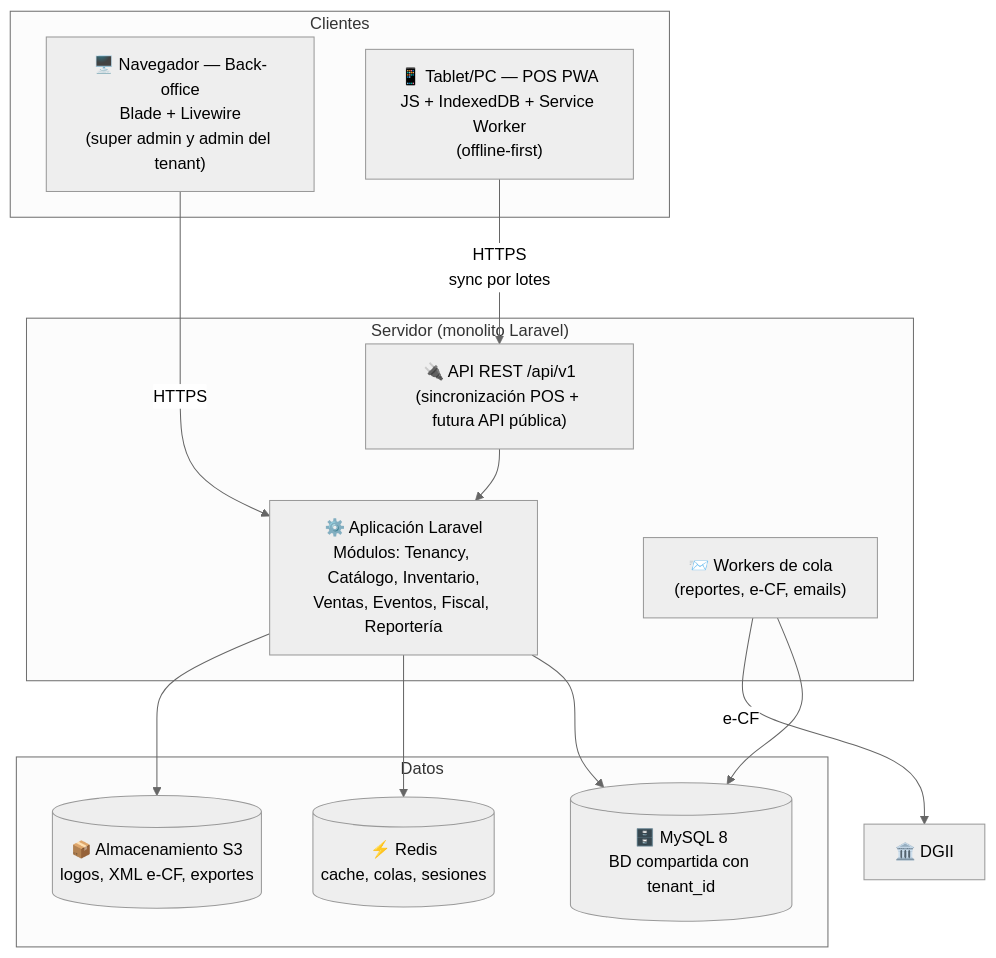
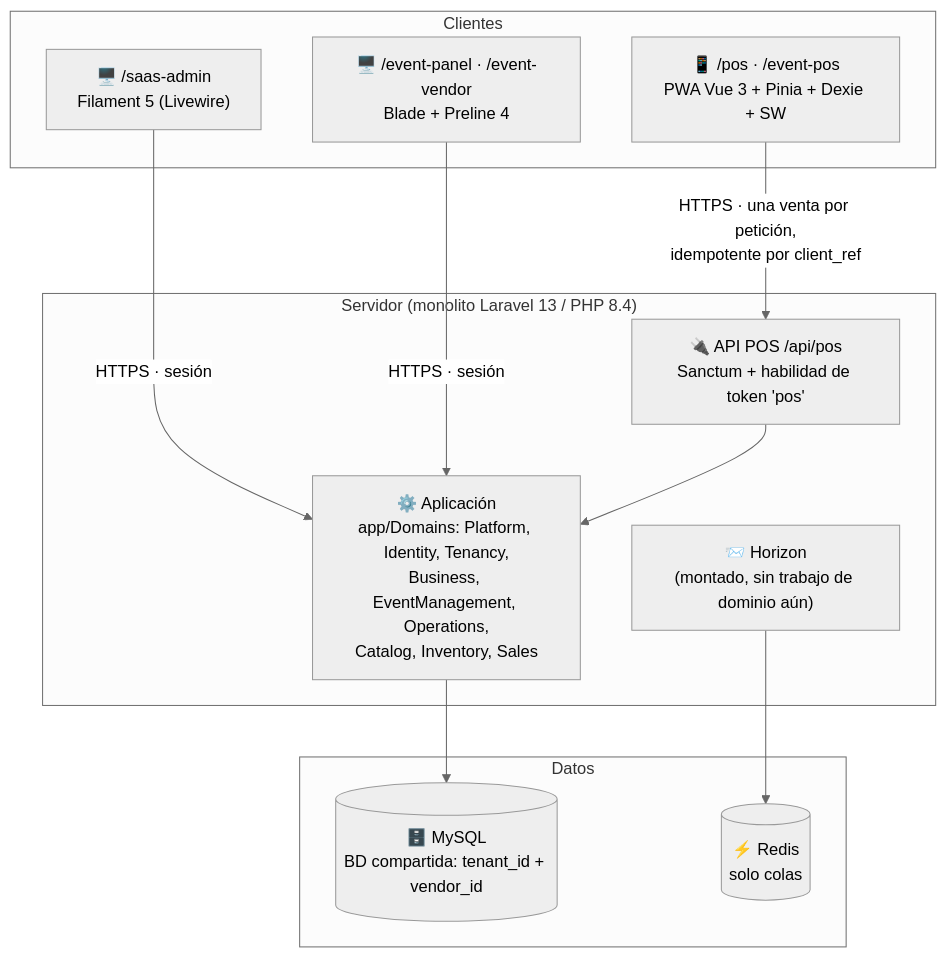
Before and after one commit to juancamedrano21/eventbarrest: the second of 3 diagrams in docs/02-arquitectura-sistema.md, drawn with Mermaid (neutral theme). The commit also changed other lines of this file and 7 other files, not shown here.

````diff
--- a/docs/02-arquitectura-sistema.md
+++ b/docs/02-arquitectura-sistema.md
@@ -28,30 +46,26 @@
 ```mermaid
 flowchart TB
     subgraph clientes["Clientes"]
-        navAdmin["🖥️ Navegador — Back-office<br/>Blade + Livewire<br/>(super admin y admin del tenant)"]
-        navPOS["📱 Tablet/PC — POS PWA<br/>JS + IndexedDB + Service Worker<br/>(offline-first)"]
+        filament["🖥️ /saas-admin<br/>Filament 5 (Livewire)"]
+        panel["🖥️ /event-panel · /event-vendor<br/>Blade + Preline 4"]
+        pos["📱 /pos · /event-pos<br/>PWA Vue 3 + Pinia + Dexie + SW"]
     end
 
-    subgraph servidor["Servidor (monolito Laravel)"]
-        app["⚙️ Aplicación Laravel<br/>Módulos: Tenancy, Catálogo, Inventario,<br/>Ventas, Eventos, Fiscal, Reportería"]
-        api["🔌 API REST /api/v1<br/>(sincronización POS + futura API pública)"]
-        queue["📨 Workers de cola<br/>(reportes, e-CF, emails)"]
+    subgraph servidor["Servidor (monolito Laravel 13 / PHP 8.4)"]
+        app["⚙️ Aplicación<br/>app/Domains: Platform, Identity, Tenancy,<br/>Business, EventManagement, Operations,<br/>Catalog, Inventory, Sales"]
+        api["🔌 API POS /api/pos<br/>Sanctum + habilidad de token 'pos'"]
+        horizon["📨 Horizon<br/>(montado, sin trabajo de dominio aún)"]
     end
 
     subgraph datos["Datos"]
-        mysql[("🗄️ MySQL 8<br/>BD compartida con tenant_id")]
-        redis[("⚡ Redis<br/>cache, colas, sesiones")]
-        s3[("📦 Almacenamiento S3<br/>logos, XML e-CF, exportes")]
+        mysql[("🗄️ MySQL<br/>BD compartida: tenant_id + vendor_id")]
+        redis[("⚡ Redis<br/>solo colas")]
     end
 
-    dgii["🏛️ DGII"]
-
-    navAdmin -->|HTTPS| app
-    navPOS -->|"HTTPS<br/>sync por lotes"| api
+    filament -->|HTTPS · sesión| app
+    panel -->|HTTPS · sesión| app
+    pos -->|"HTTPS · una venta por petición,<br/>idempotente por client_ref"| api
     api --> app
     app --> mysql
-    app --> redis
-    queue --> mysql
-    queue -->|"e-CF"| dgii
-    app --> s3
+    horizon --> redis
 ```
````
